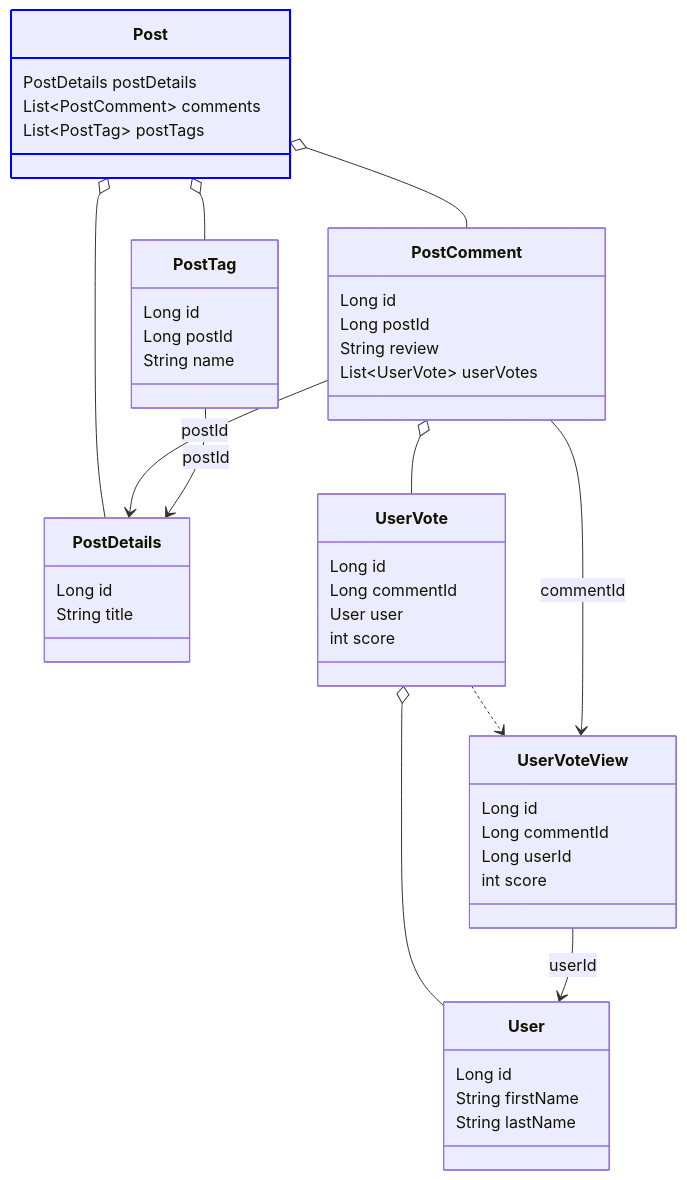
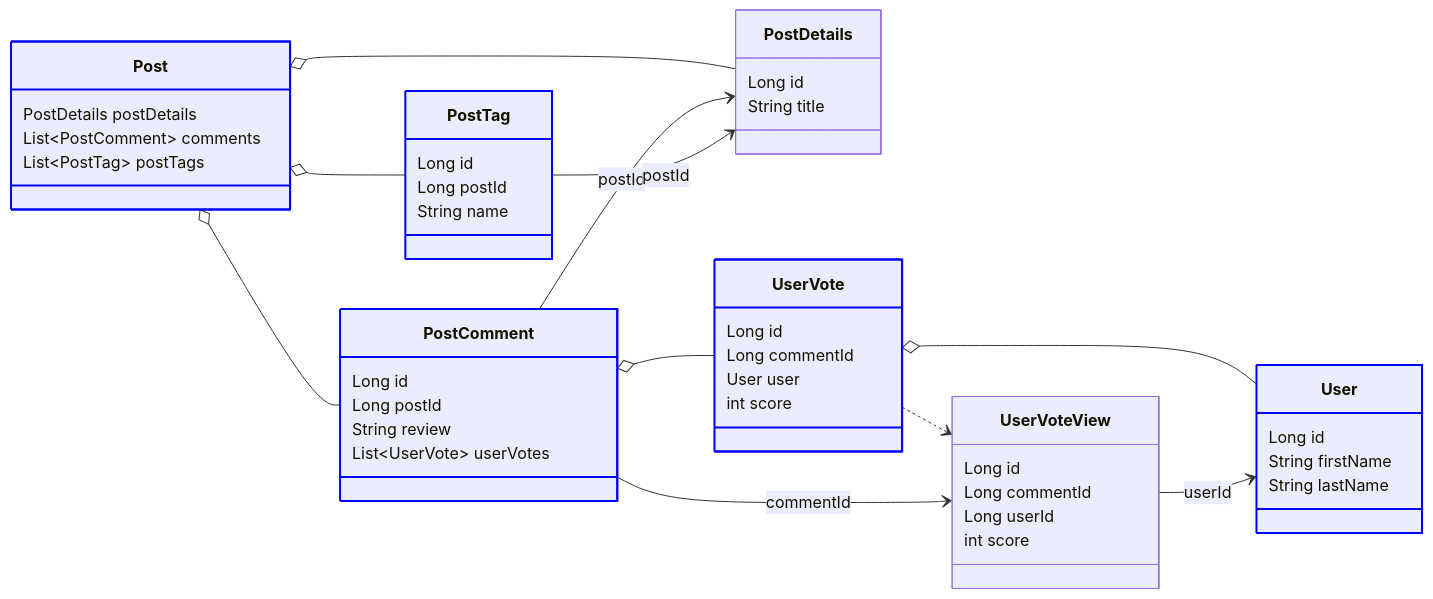
One commit to pellse/assembler changed the third of 3 diagrams in README.md. Above: the diagram before and after it, drawn with Mermaid. The commit also changed other lines of this file, not shown here.

````diff
--- a/README.md
+++ b/README.md
@@ -261,61 +261,67 @@
 ```mermaid
 classDiagram
+    direction LR
+
     class Post {
         PostDetails postDetails
         List~PostComment~ comments
         List~PostTag~ postTags
     }
 
     class PostDetails {
         Long id
         String title
     }
 
     class PostComment {
         Long id
         Long postId
         String review
         List~UserVote~ userVotes
     }
 
     class UserVoteView {
         Long id
         Long commentId
         Long userId
         int score
     }
 
     class UserVote {
         Long id
         Long commentId
         User user
         int score
     }
 
     class User {
         Long id
         String firstName
         String lastName
     }
 
     class PostTag {
         Long id
         Long postId
         String name
     }
 
     Post o-- PostDetails
     Post o-- PostComment
     Post o-- PostTag
     PostComment o-- UserVote
     UserVote o-- User
     UserVote ..> UserVoteView
 
     PostComment --> PostDetails : postId
     PostTag --> PostDetails : postId
 
     PostComment --> UserVoteView : commentId
     UserVoteView --> User : userId
 
     style Post stroke:#0000FF, stroke-width:2px
+    style PostComment stroke:#0000FF, stroke-width:2px
+    style UserVote stroke:#0000FF, stroke-width:2px
+    style User stroke:#0000FF, stroke-width:2px
+    style PostTag stroke:#0000FF, stroke-width:2px
 ```
````
